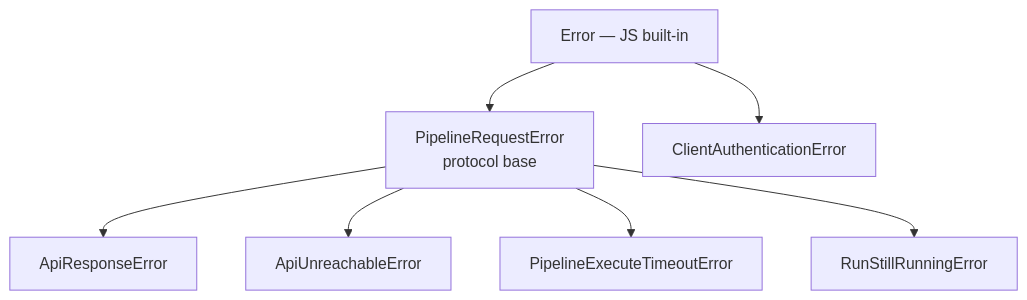
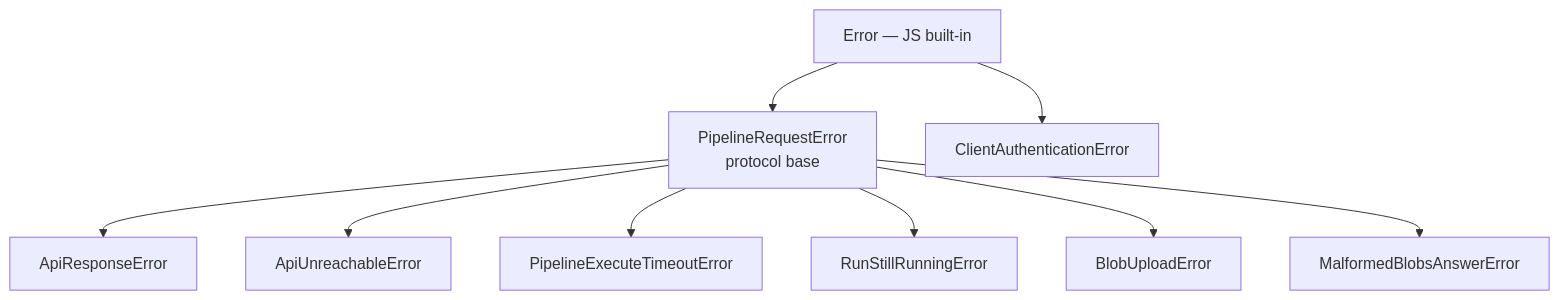
The diagram in docs/errors.md (mthds-ai/mthds-js), drawn with Mermaid before and after one commit. The commit also changed other lines of this file and 67 other files, not shown here.

````diff
--- a/docs/errors.md
+++ b/docs/errors.md
@@ -9,16 +9,20 @@
 ```mermaid
 flowchart TD
     Err["Error — JS built-in"]
     PRE["PipelineRequestError<br/>protocol base"]
     CAE["ClientAuthenticationError"]
     ARE["ApiResponseError"]
     AUE["ApiUnreachableError"]
     PET["PipelineExecuteTimeoutError"]
     RSR["RunStillRunningError"]
+    BUE["BlobUploadError"]
+    MBA["MalformedBlobsAnswerError"]
     Err --> PRE
     Err --> CAE
     PRE --> ARE
     PRE --> AUE
     PRE --> PET
     PRE --> RSR
+    PRE --> BUE
+    PRE --> MBA
 ```
````
